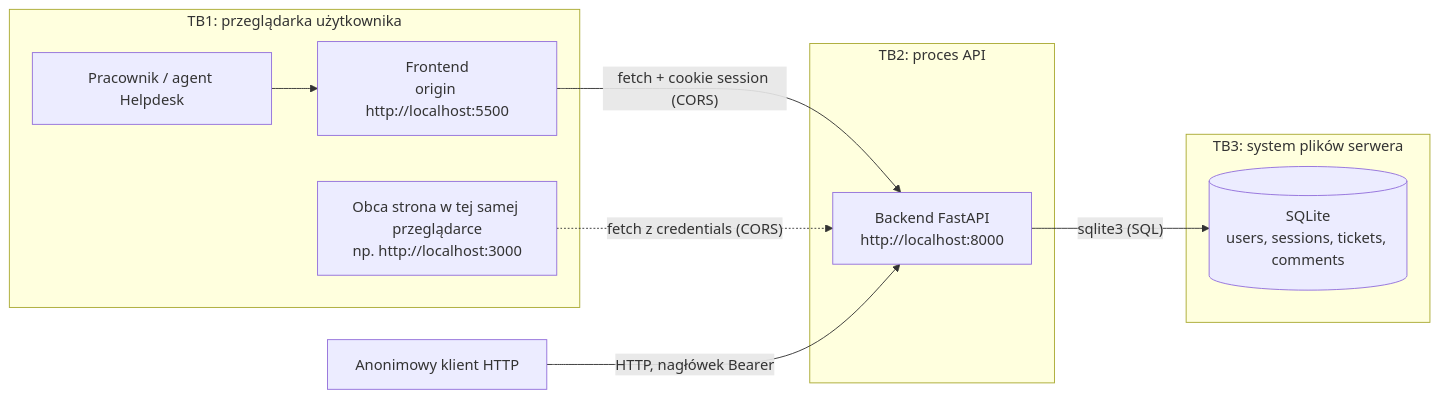
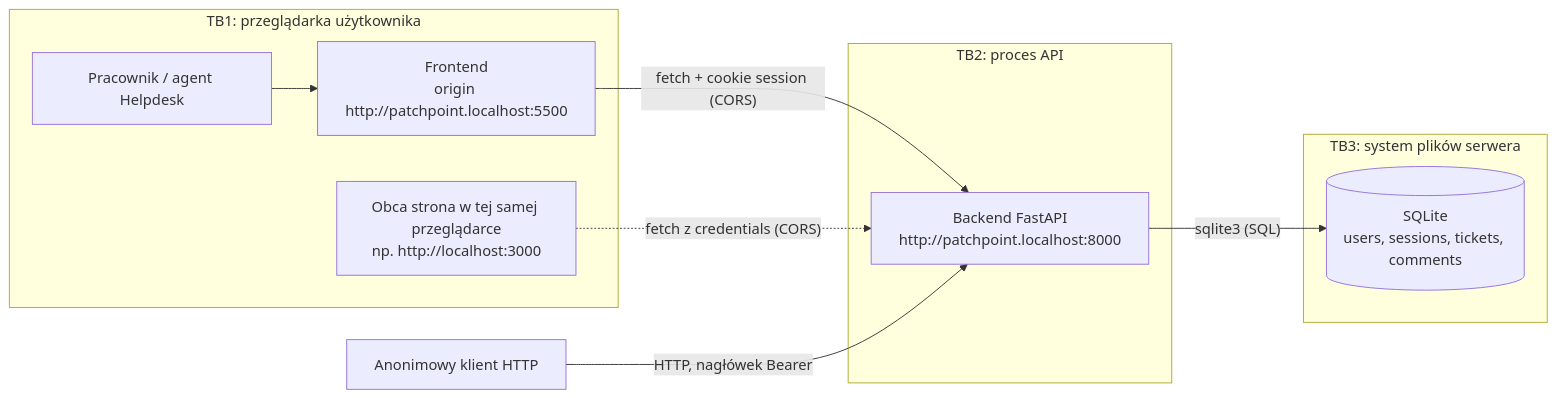
One commit to l3x1cn/patchpoint changed the first of 2 diagrams in docs/faza-2-sec/threat-model.md. Above: the diagram before and after it, drawn with Mermaid. The commit also changed other lines of this file and 9 other files, not shown here.

````diff
--- a/docs/faza-2-sec/threat-model.md
+++ b/docs/faza-2-sec/threat-model.md
@@ -13,20 +13,20 @@
 ```mermaid
 flowchart LR
     subgraph TB1["TB1: przeglądarka użytkownika"]
         user["Pracownik / agent Helpdesk"]
-        ui["Frontend<br/>origin http://localhost:5500"]
+        ui["Frontend<br/>origin http://patchpoint.localhost:5500"]
         evil["Obca strona w tej samej przeglądarce<br/>np. http://localhost:3000"]
     end
     subgraph TB2["TB2: proces API"]
-        api["Backend FastAPI<br/>http://localhost:8000"]
+        api["Backend FastAPI<br/>http://patchpoint.localhost:8000"]
     end
     subgraph TB3["TB3: system plików serwera"]
         db[("SQLite<br/>users, sessions, tickets, comments")]
     end
     anon["Anonimowy klient HTTP"]
     user --> ui
     ui -- "fetch + cookie session (CORS)" --> api
     evil -. "fetch z credentials (CORS)" .-> api
     anon -- "HTTP, nagłówek Bearer" --> api
     api -- "sqlite3 (SQL)" --> db
 ```
````
